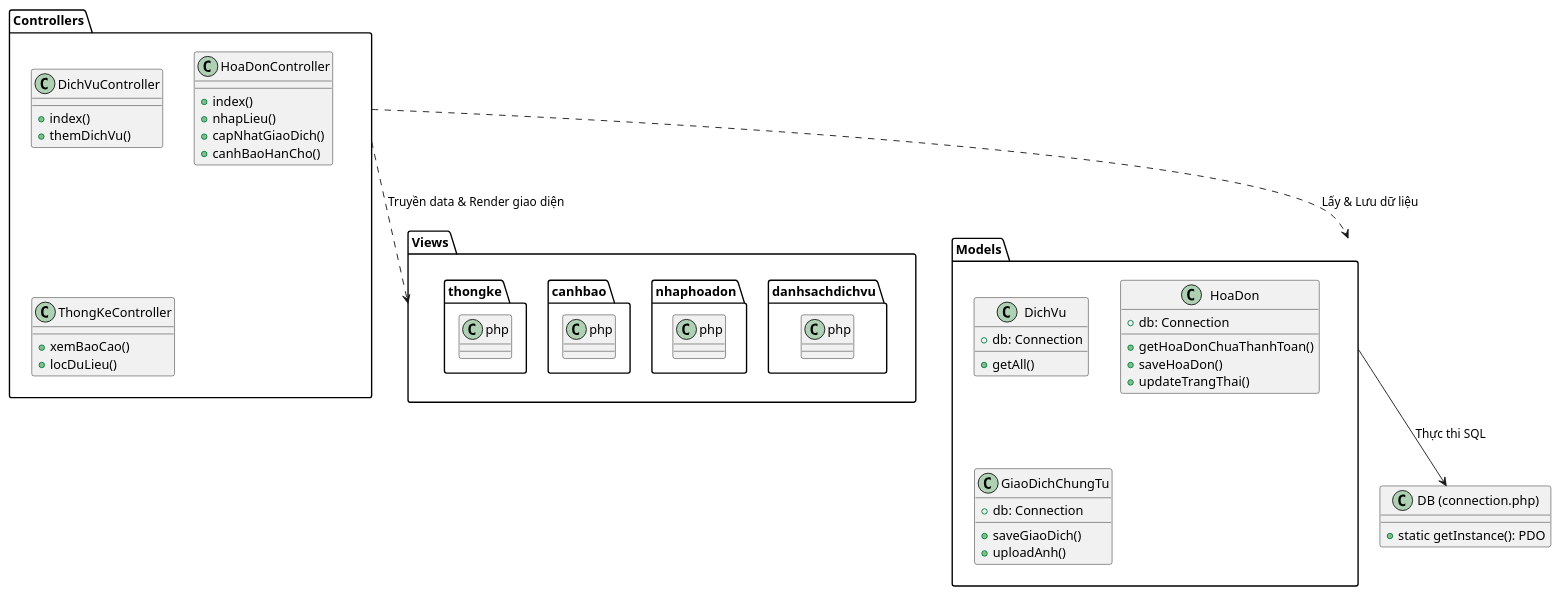
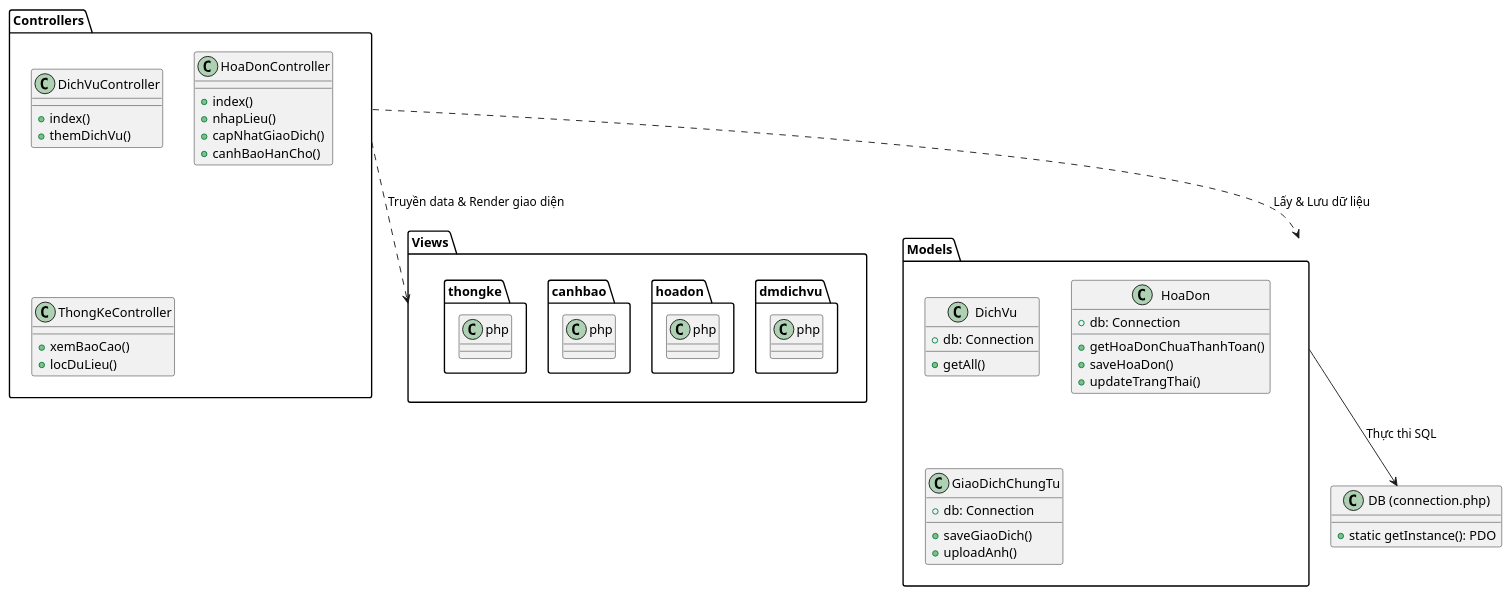
The fifth of 5 diagrams in docs/phan_tich_uml.md (codehappyness/cdweb_lab), drawn with PlantUML before and after one commit. The commit also changed other lines of this file and 1 other file, not shown here.

````diff
--- a/docs/phan_tich_uml.md
+++ b/docs/phan_tich_uml.md
@@ -131,53 +168,53 @@
 ```plantuml
 @startuml
 package "Views" {
-  class "danhsachdichvu.php"
-  class "nhaphoadon.php"
+  class "dmdichvu.php"
+  class "hoadon.php"
   class "canhbao.php"
   class "thongke.php"
 }
 
 package "Controllers" {
   class "DichVuController" {
     + index()
     + themDichVu()
   }
   class "HoaDonController" {
     + index()
     + nhapLieu()
     + capNhatGiaoDich()
     + canhBaoHanCho()
   }
   class "ThongKeController" {
     + xemBaoCao()
     + locDuLieu()
   }
 }
 
 package "Models" {
   class "DichVu" {
     + db: Connection
     + getAll()
   }
   class "HoaDon" {
     + db: Connection
     + getHoaDonChuaThanhToan()
     + saveHoaDon()
     + updateTrangThai()
   }
   class "GiaoDichChungTu" {
     + db: Connection
     + saveGiaoDich()
     + uploadAnh()
   }
 }
 
 class "DB (connection.php)" as DB {
   + static getInstance(): PDO
 }
 
 Controllers ..> Models : "Lấy & Lưu dữ liệu"
 Controllers ..> Views : "Truyền data & Render giao diện"
 Models --> DB : "Thực thi SQL"
 @enduml
 ```
````
